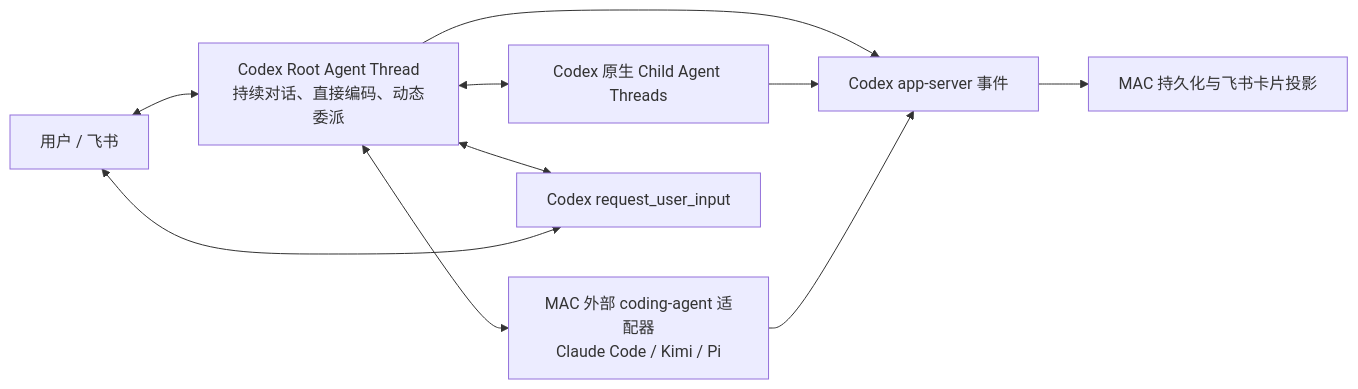
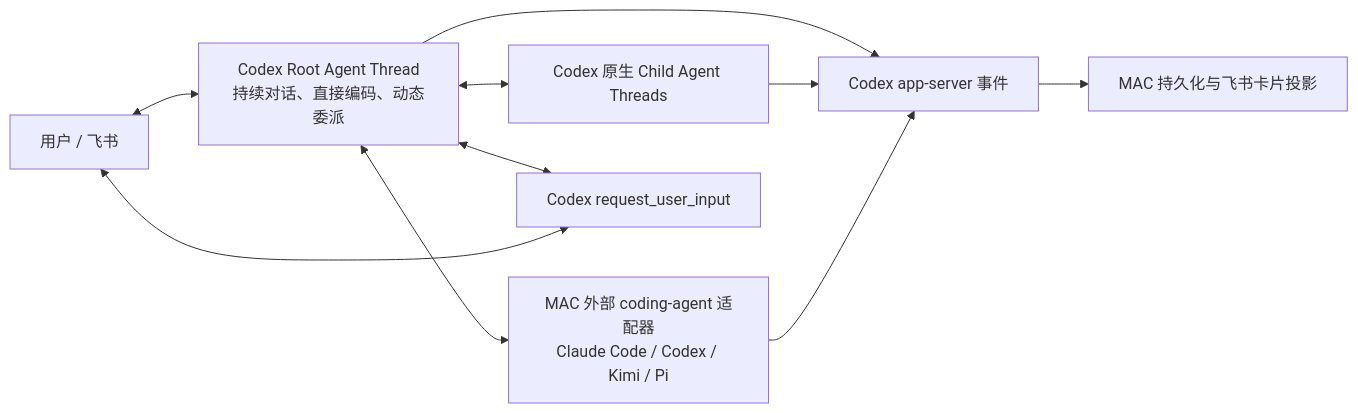
The diagram in docs/architecture.md (wq19901103wq/multi-agent-coding-system), drawn with Mermaid before and after one commit. The commit also changed other lines of this file and 9 other files, not shown here.

````diff
--- a/docs/architecture.md
+++ b/docs/architecture.md
@@ -13,12 +13,12 @@
 ```mermaid
 flowchart LR
     U["用户 / 飞书"] <--> R["Codex Root Agent Thread\n持续对话、直接编码、动态委派"]
     R <--> C["Codex 原生 Child Agent Threads"]
-    R <--> X["MAC 外部 coding-agent 适配器\nClaude Code / Kimi / Pi"]
+    R <--> X["MAC 外部 coding-agent 适配器\nClaude Code / Codex / Kimi / Pi"]
     R <--> Q["Codex request_user_input"]
     Q <--> U
     E["Codex app-server 事件"] --> P["MAC 持久化与飞书卡片投影"]
     R --> E
     C --> E
     X --> E
 ```
````
